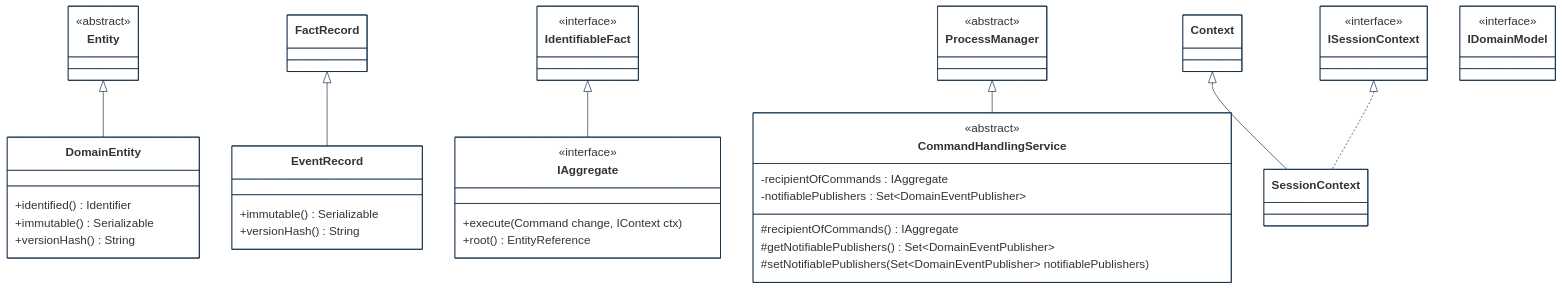
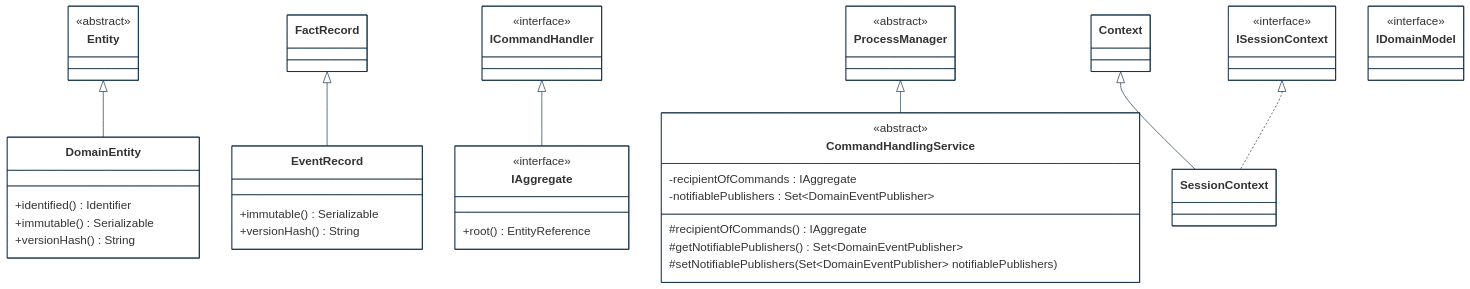
Before and after one commit to cybnity/foundation: the first of 5 diagrams in implementations-line/framework/domain/designview-packages.md, drawn with Mermaid. The commit also changed 20 other files, not shown here.

````diff
--- a/implementations-line/framework/domain/designview-packages.md
+++ b/implementations-line/framework/domain/designview-packages.md
@@ -43,65 +43,64 @@
 ```mermaid
 %%{
   init: {
     'theme': 'base',
     'themeVariables': {
         'background': '#ffffff',
         'fontFamily': 'arial',
         'fontSize': '18px',
         'primaryColor': '#fff',
         'primaryBorderColor': '#0e2a43',
         'secondaryBorderColor': '#0e2a43',
         'tertiaryBorderColor': '#0e2a43',
         'edgeLabelBackground':'#0e2a43',
         'lineColor': '#0e2a43',
         'tertiaryColor': '#fff'
     }
   }
 }%%
 classDiagram
     Entity <|-- DomainEntity
     FactRecord <|-- EventRecord
-    IdentifiableFact <|-- IAggregate
+    ICommandHandler <|-- IAggregate
     ProcessManager <|-- CommandHandlingService
     Context <|-- SessionContext
     ISessionContext <|.. SessionContext
 
     class ISessionContext {
         <<interface>>
     }
     class CommandHandlingService {
         <<abstract>>
         -recipientOfCommands : IAggregate
         -notifiablePublishers : Set~DomainEventPublisher~
         #recipientOfCommands() IAggregate
         #getNotifiablePublishers() Set~DomainEventPublisher~
         #setNotifiablePublishers(Set~DomainEventPublisher~ notifiablePublishers)
     }
     class ProcessManager {
         <<abstract>>
     }
-    class IdentifiableFact {
+    class ICommandHandler {
         <<interface>>
     }
     class IAggregate {
         <<interface>>
-        +execute(Command change, IContext ctx)
         +root() EntityReference
     }
     class Entity {
         <<abstract>>
     }
     class DomainEntity {
         +identified() Identifier
         +immutable() Serializable
         +versionHash() String
     }
     class EventRecord {
         +immutable() Serializable
         +versionHash() String
     }
     class IDomainModel {
         <<interface>>
     }
 
 ```
````
